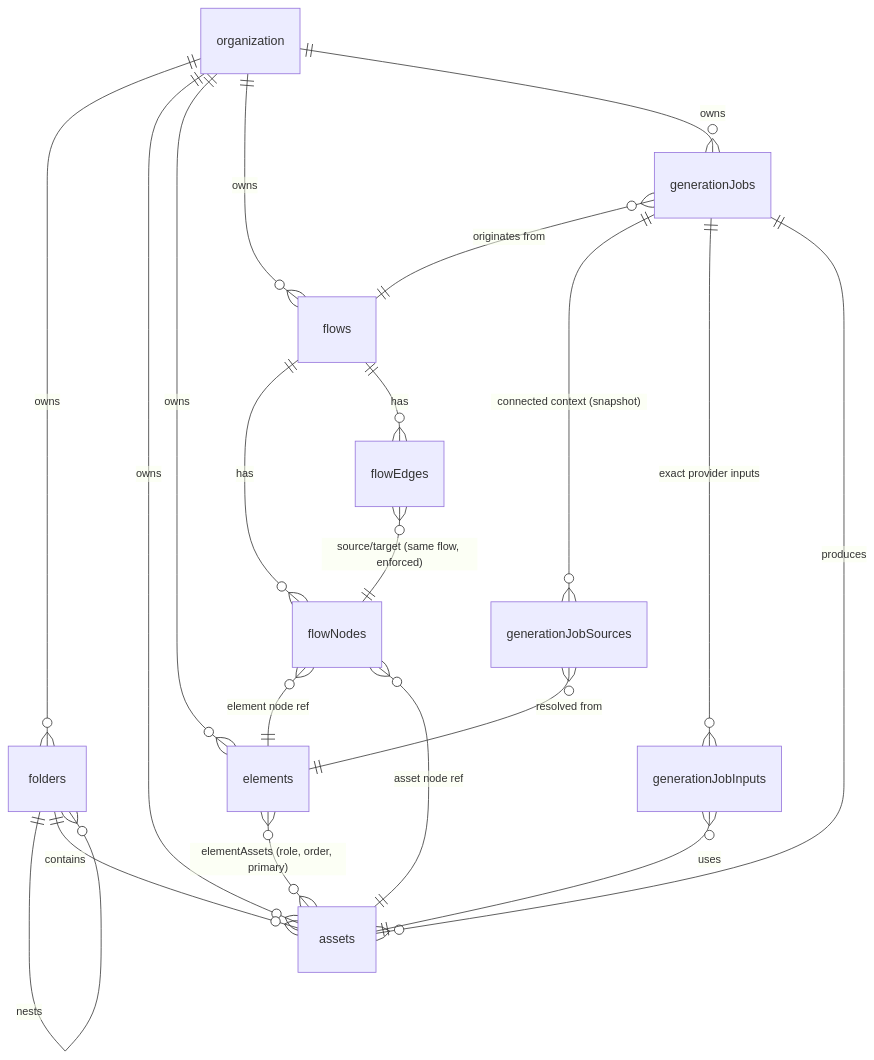
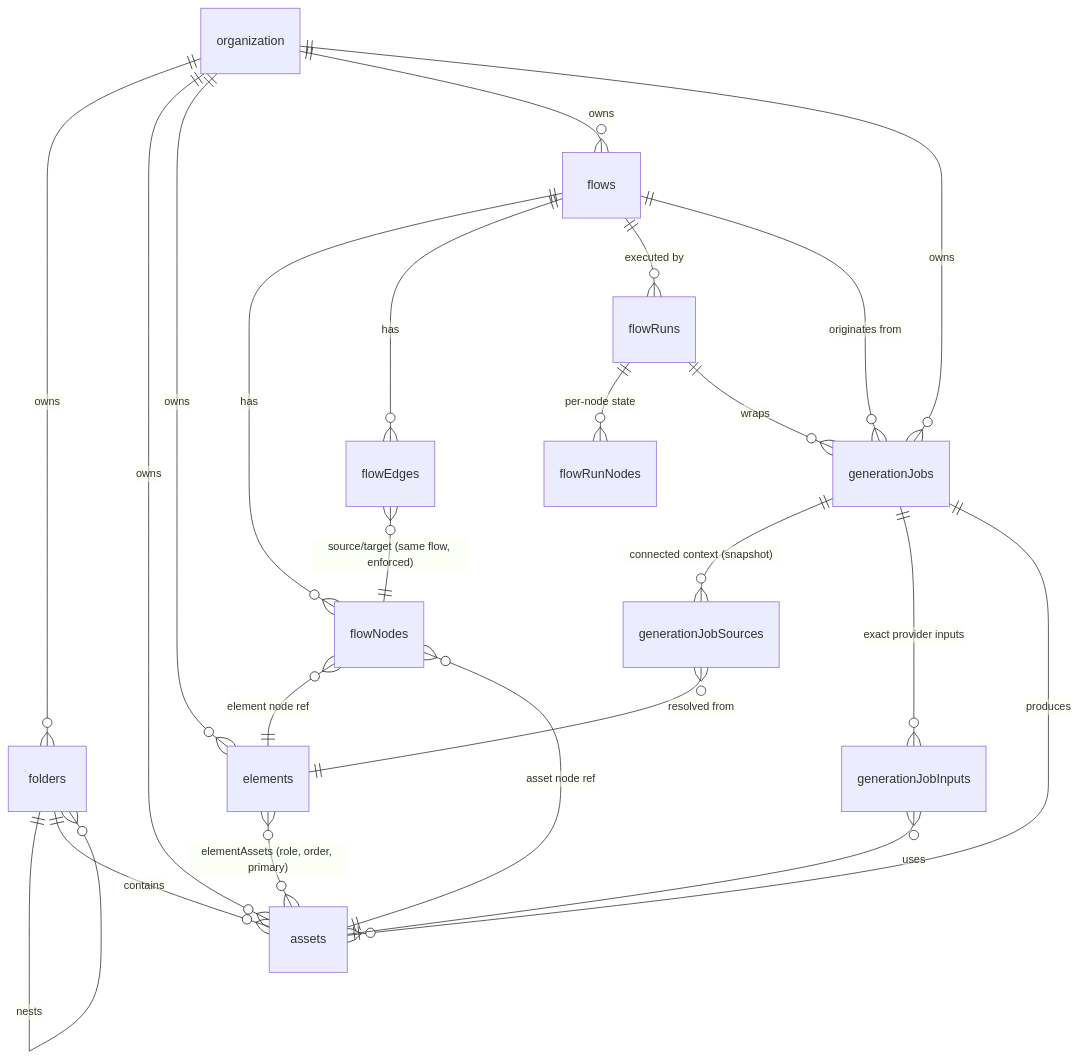
Before and after one commit to leognmotta/talelabs: the diagram in docs/db-design-planning-v2.md, drawn with Mermaid. The commit also changed other lines of this file and 3 other files, not shown here.

````diff
--- a/docs/db-design-planning-v2.md
+++ b/docs/db-design-planning-v2.md
@@ -84,26 +102,29 @@
 ```mermaid
 erDiagram
     organization ||--o{ folders : owns
     organization ||--o{ assets : owns
     organization ||--o{ elements : owns
     organization ||--o{ flows : owns
     organization ||--o{ generationJobs : owns
 
     folders ||--o{ folders : nests
     folders ||--o{ assets : contains
 
     elements }o--o{ assets : "elementAssets (role, order, primary)"
 
     flows ||--o{ flowNodes : has
     flows ||--o{ flowEdges : has
+    flows ||--o{ flowRuns : "executed by"
+    flowRuns ||--o{ flowRunNodes : "per-node state"
+    flowRuns ||--o{ generationJobs : wraps
     flowNodes }o--|| elements : "element node ref"
     flowNodes }o--|| assets : "asset node ref"
     flowEdges }o--|| flowNodes : "source/target (same flow, enforced)"
 
     generationJobs }o--|| flows : "originates from"
     generationJobs ||--o{ generationJobSources : "connected context (snapshot)"
     generationJobs ||--o{ generationJobInputs : "exact provider inputs"
     generationJobs ||--o{ assets : produces
     generationJobSources }o--|| elements : "resolved from"
     generationJobInputs }o--|| assets : uses
 ```
````
